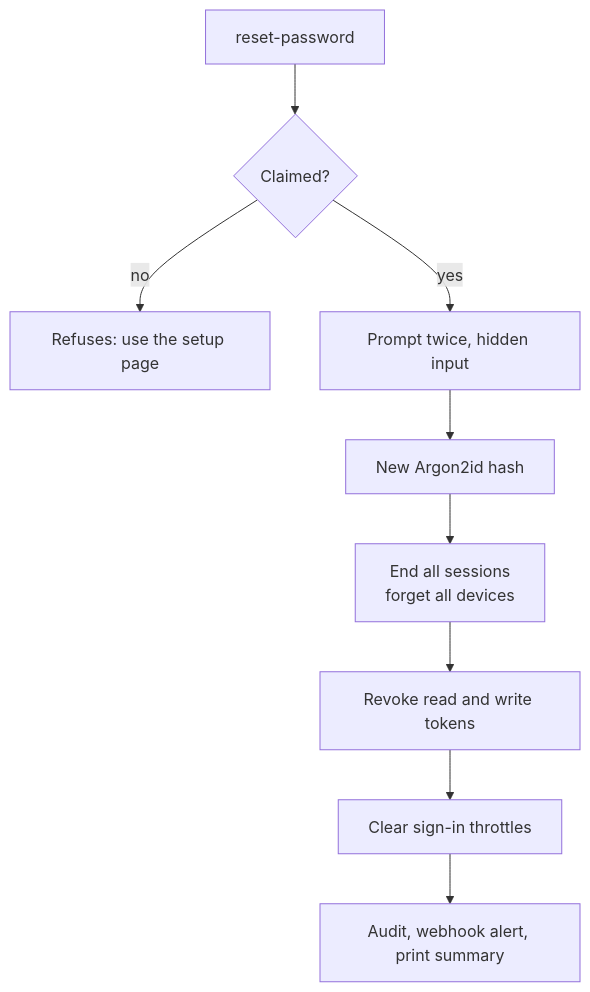
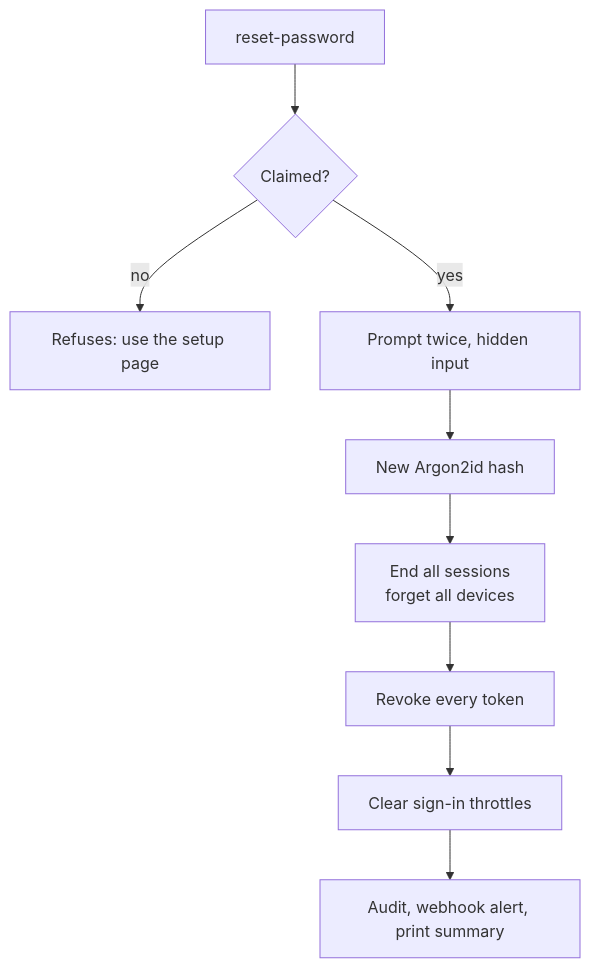
One commit to jsaumer/cabinet-numismatics changed the third of 3 diagrams in docs/specs/SPEC_0300-how-it-works.md. Above: the diagram before and after it, drawn with Mermaid. The commit also changed other lines of this file and 5 other files, not shown here.

````diff
--- a/docs/specs/SPEC_0300-how-it-works.md
+++ b/docs/specs/SPEC_0300-how-it-works.md
@@ -187,11 +196,11 @@
 ```mermaid
 flowchart TD
   A[reset-password] --> B{Claimed?}
   B -->|no| X[Refuses: use the setup page]
   B -->|yes| C[Prompt twice, hidden input]
   C --> D[New Argon2id hash]
   D --> E[End all sessions<br/>forget all devices]
-  E --> F[Revoke read and write tokens]
+  E --> F[Revoke every token]
   F --> G[Clear sign-in throttles]
   G --> H[Audit, webhook alert, print summary]
 ```
````
